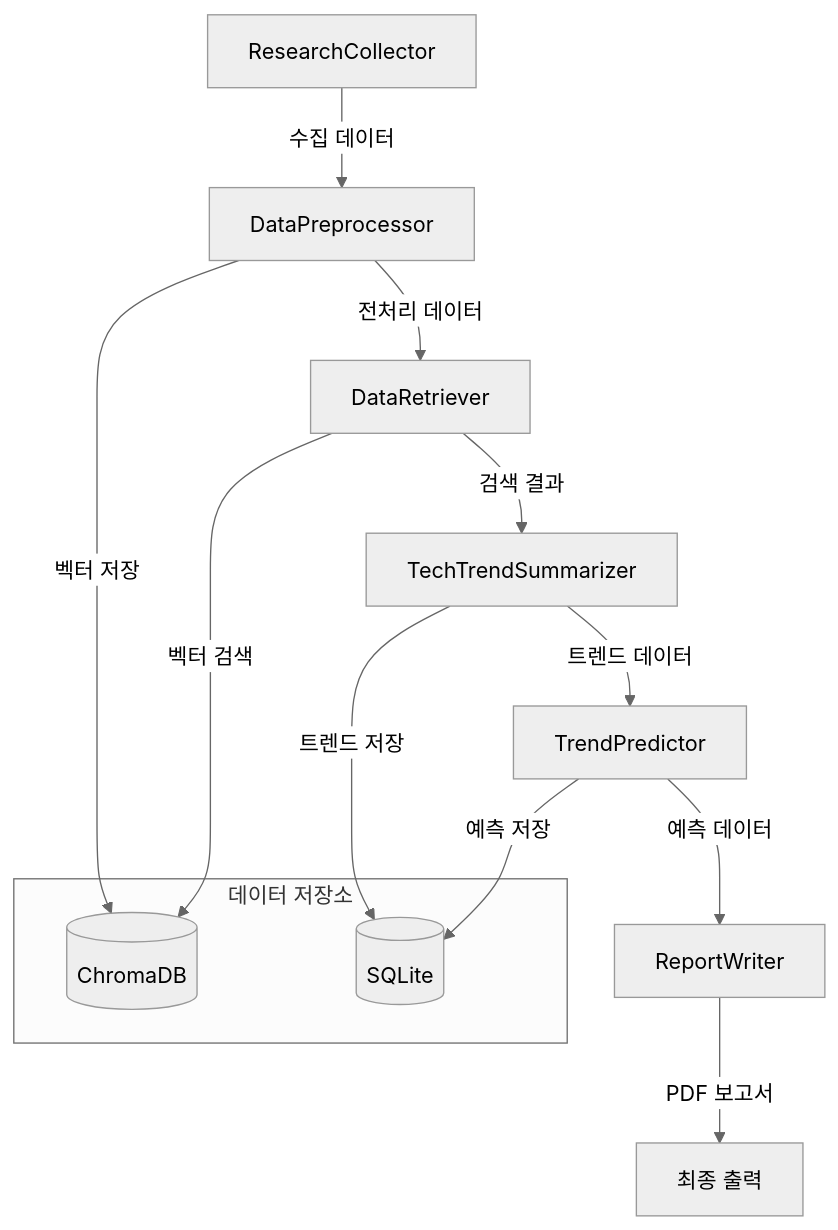
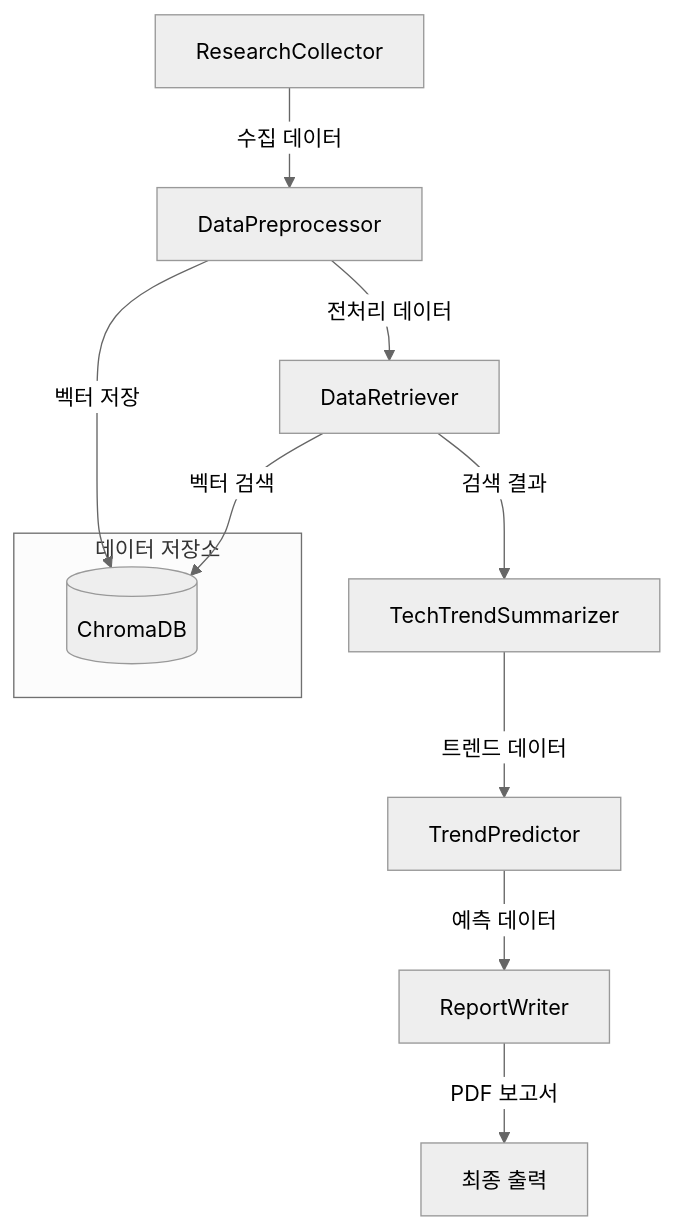
The diagram in README.md (Leewodls/AI_Mini_Project), drawn with Mermaid (neutral theme) before and after one commit. The commit also changed other lines of this file, not shown here.

````diff
--- a/README.md
+++ b/README.md
@@ -64,19 +64,16 @@
 ```mermaid
 graph TD
     A[ResearchCollector] -->|수집 데이터| B[DataPreprocessor]
     B -->|전처리 데이터| C[DataRetriever]
     C -->|검색 결과| D[TechTrendSummarizer]
     D -->|트렌드 데이터| E[TrendPredictor]
     E -->|예측 데이터| F[ReportWriter]
     F -->|PDF 보고서| G[최종 출력]
     
     subgraph "데이터 저장소"
         H[(ChromaDB)]
-        I[(SQLite)]
     end
     
     B -->|벡터 저장| H
     C -->|벡터 검색| H
-    D -->|트렌드 저장| I
-    E -->|예측 저장| I
 ```
````
